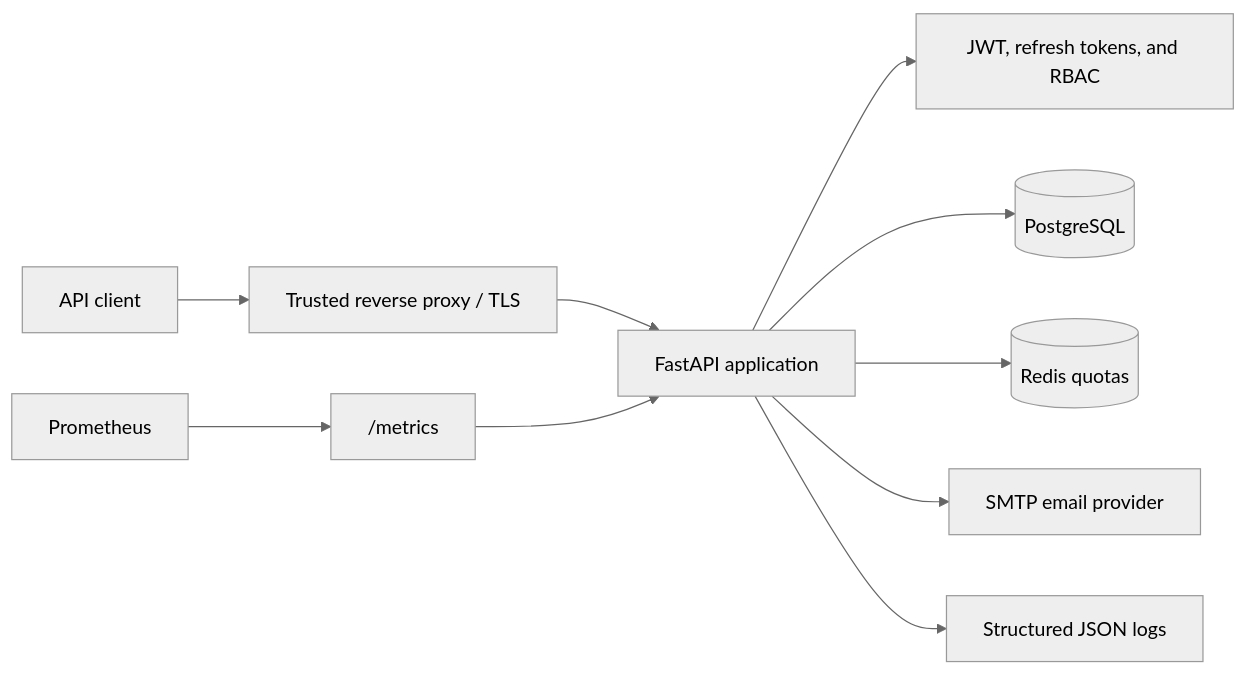
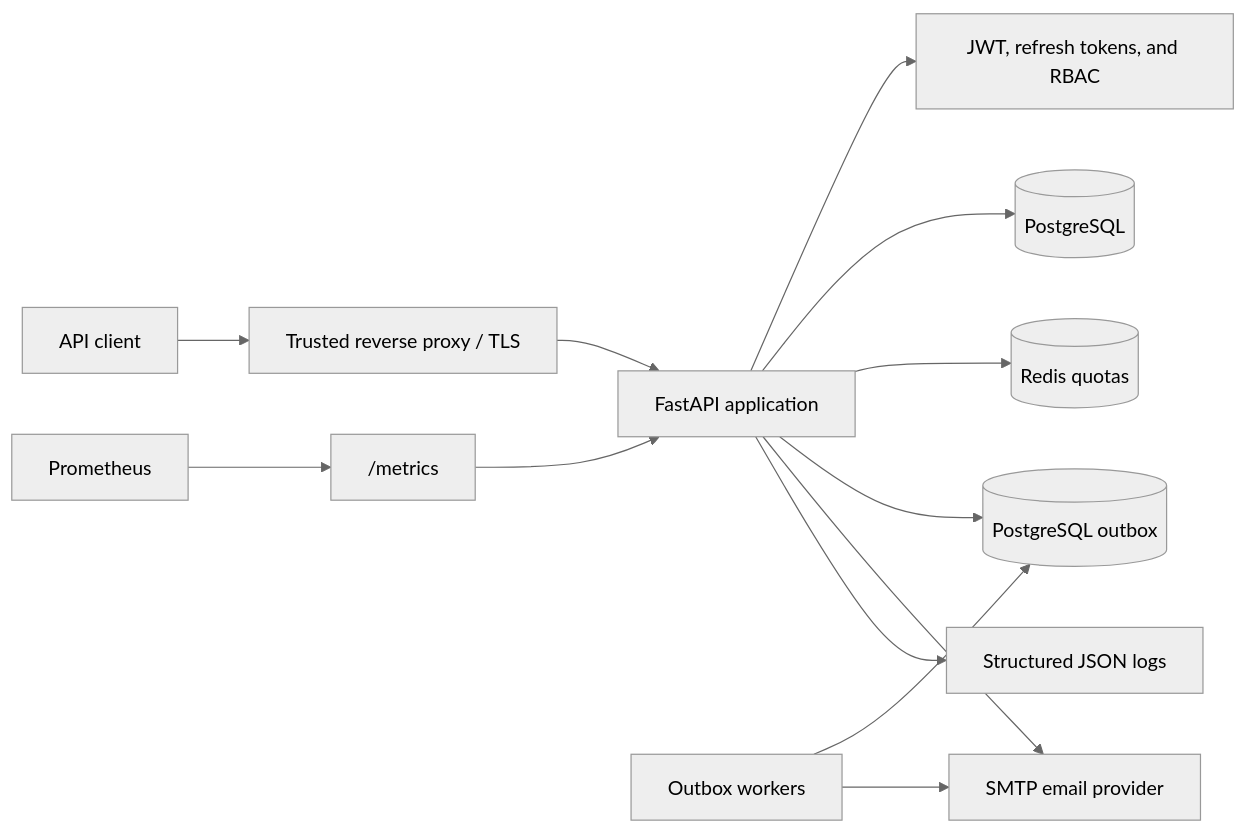
Before and after one commit to HoungDev/fastapi-production-api: the first of 2 diagrams in ARCHITECTURE.md, drawn with Mermaid (neutral theme). The commit also changed other lines of this file and 33 other files, not shown here.

Commit message:
feat: add transactional outbox workers (#29)

````diff
--- a/ARCHITECTURE.md
+++ b/ARCHITECTURE.md
@@ -9,12 +9,15 @@
 ```mermaid
 flowchart LR
     Client["API client"] --> Proxy["Trusted reverse proxy / TLS"]
     Proxy --> App["FastAPI application"]
     App --> Auth["JWT, refresh tokens, and RBAC"]
     App --> DB[("PostgreSQL")]
     App --> Redis[("Redis quotas")]
+    App --> Outbox[("PostgreSQL outbox")]
+    Worker["Outbox workers"] --> Outbox
+    Worker --> SMTP
     App --> SMTP["SMTP email provider"]
     App --> Logs["Structured JSON logs"]
     Prometheus["Prometheus"] --> Metrics["/metrics"]
     Metrics --> App
 ```
````
